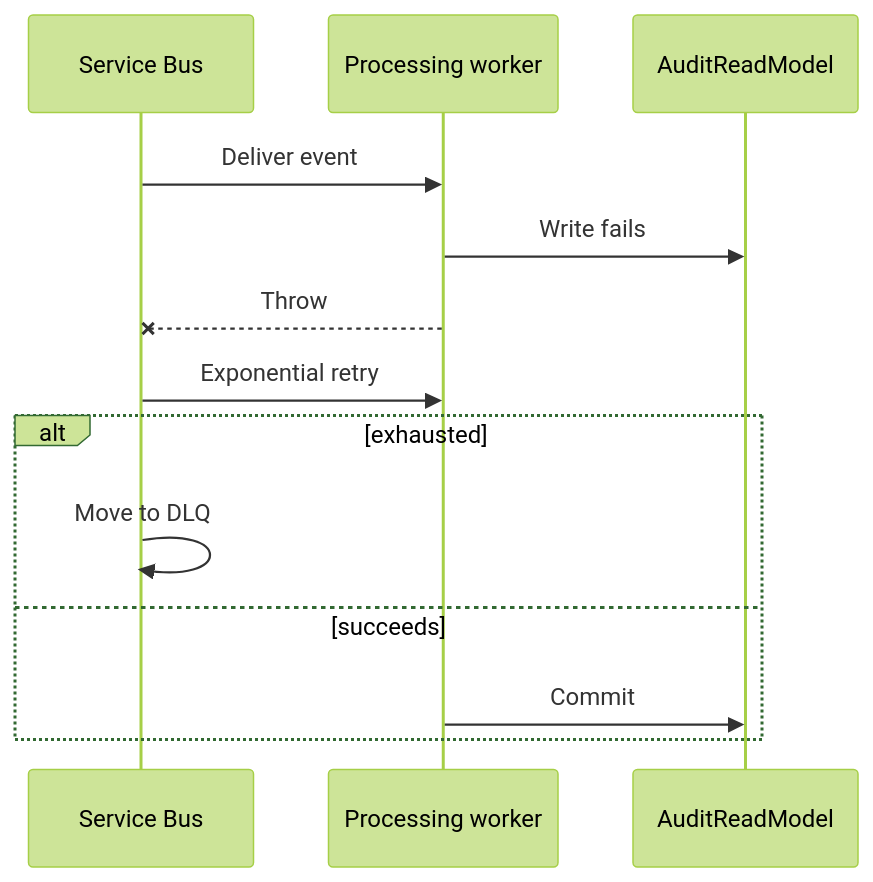
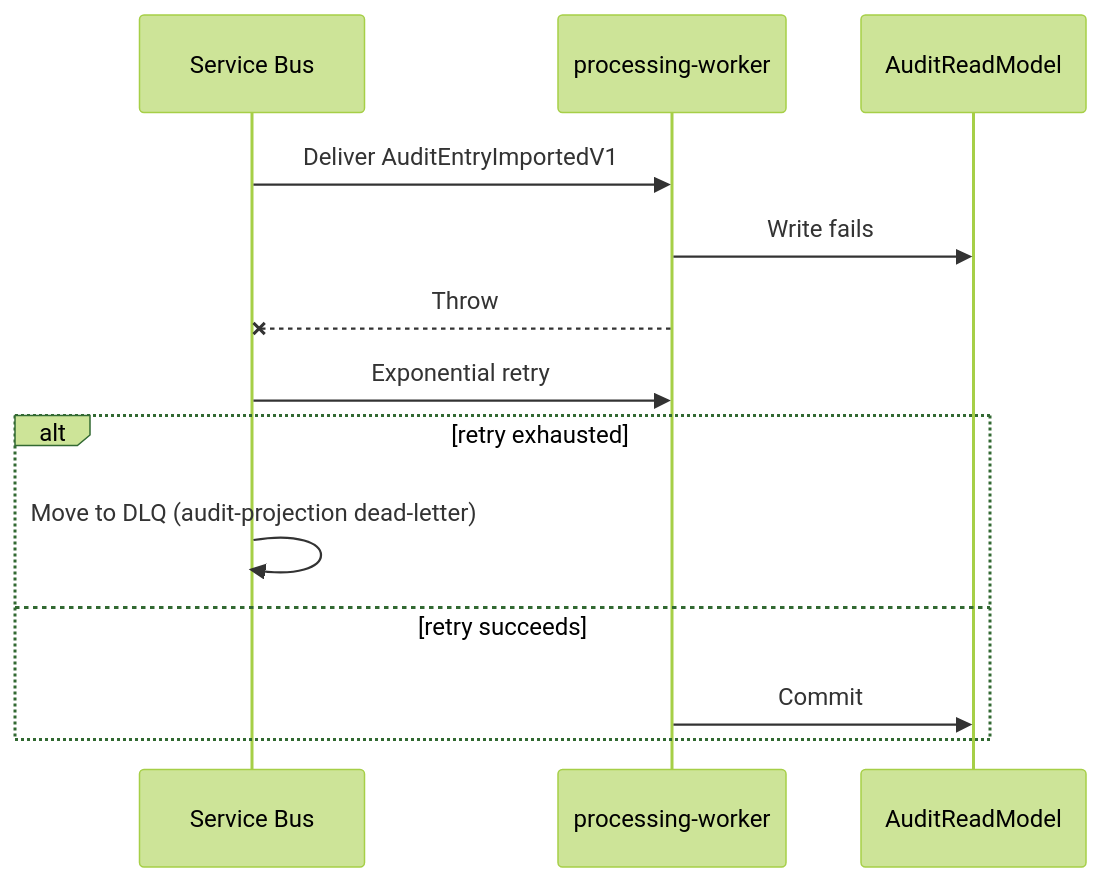
The second of 3 diagrams in docs/diagrams/sequence/import-processing.md (mmusiol-bitbite/publink), drawn with Mermaid (forest theme) before and after one commit. The commit also changed other lines of this file and 30 other files, not shown here.

````diff
--- a/docs/diagrams/sequence/import-processing.md
+++ b/docs/diagrams/sequence/import-processing.md
@@ -35,15 +37,15 @@
 ```mermaid
 sequenceDiagram
     participant Bus as Service Bus
-    participant Processor as Processing worker
+    participant Processor as processing-worker
     participant DB as AuditReadModel
-    Bus->>Processor: Deliver event
+    Bus->>Processor: Deliver AuditEntryImportedV1
     Processor->>DB: Write fails
     Processor--xBus: Throw
     Bus->>Processor: Exponential retry
-    alt exhausted
-        Bus->>Bus: Move to DLQ
-    else succeeds
+    alt retry exhausted
+        Bus->>Bus: Move to DLQ (audit-projection dead-letter)
+    else retry succeeds
         Processor->>DB: Commit
     end
 ```
````
